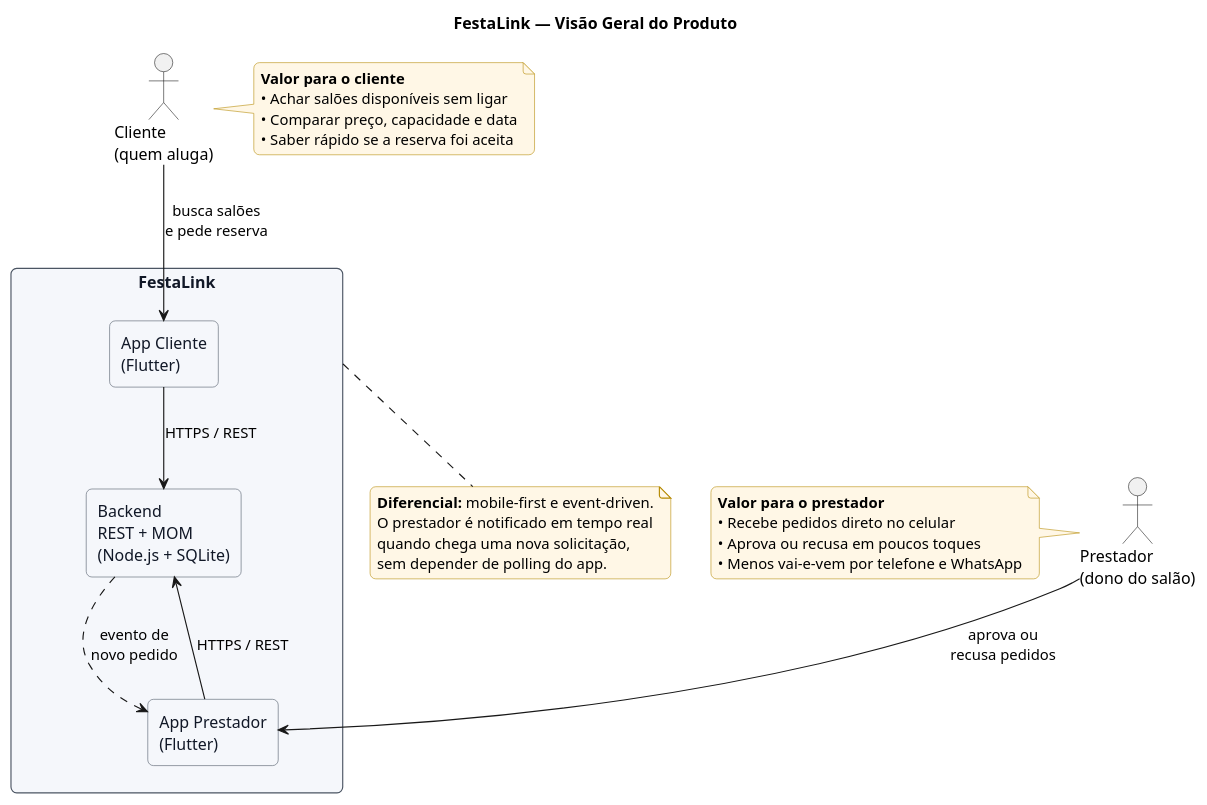
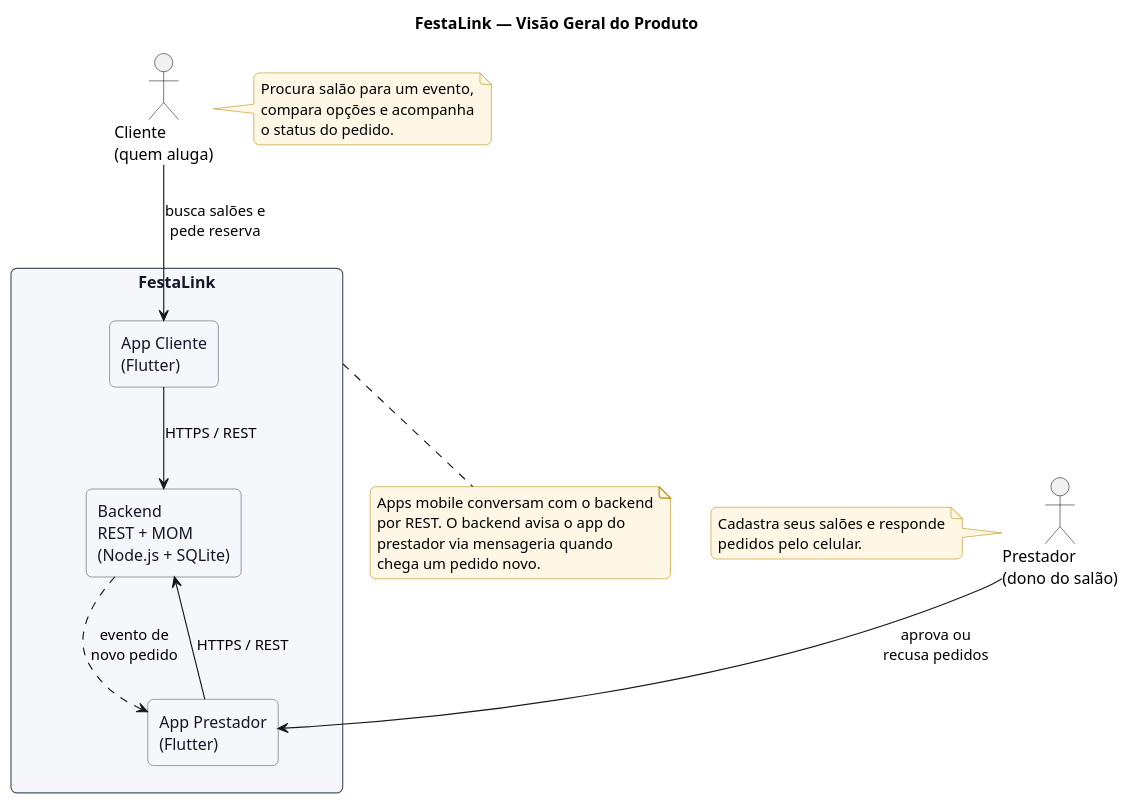
One commit to MiguelMagCastro/festalink_app changed the diagram in docs/diagrams/01-visao-geral-produto.puml. Above: the diagram before and after it, drawn with PlantUML. The commit also changed 2 other files, not shown here.

Commit message:
Diagrama de contexto + correção diagrama de produto

```diff
--- a/docs/diagrams/01-visao-geral-produto.puml
+++ b/docs/diagrams/01-visao-geral-produto.puml
@@ -1,55 +1,52 @@
 @startuml
 title FestaLink — Visão Geral do Produto
 
 skinparam backgroundColor #FFFFFF
 skinparam shadowing false
 skinparam roundCorner 10
 skinparam defaultFontName "Helvetica"
 skinparam rectangle {
   BackgroundColor #F5F7FB
   BorderColor #4B5563
   FontColor #111827
 }
 skinparam note {
   BackgroundColor #FFF7E6
   BorderColor #B58900
 }
 
 actor "Cliente\n(quem aluga)" as cliente
 actor "Prestador\n(dono do salão)" as prestador
 
 rectangle "FestaLink" as sys {
   rectangle "App Cliente\n(Flutter)" as appc
   rectangle "App Prestador\n(Flutter)" as appp
   rectangle "Backend\nREST + MOM\n(Node.js + SQLite)" as back
 }
 
-cliente --> appc : busca salões\ne pede reserva
+cliente --> appc : busca salões e\npede reserva
 prestador --> appp : aprova ou\nrecusa pedidos
 
 appc --> back : HTTPS / REST
 appp --> back : HTTPS / REST
 back ..> appp : evento de\nnovo pedido
 
 note right of cliente
-  **Valor para o cliente**
-  • Achar salões disponíveis sem ligar
-  • Comparar preço, capacidade e data
-  • Saber rápido se a reserva foi aceita
+  Procura salão para um evento,
+  compara opções e acompanha
+  o status do pedido.
 end note
 
 note left of prestador
-  **Valor para o prestador**
-  • Recebe pedidos direto no celular
-  • Aprova ou recusa em poucos toques
-  • Menos vai-e-vem por telefone e WhatsApp
+  Cadastra seus salões e responde
+  pedidos pelo celular.
 end note
 
 note bottom of sys
-  **Diferencial:** mobile-first e event-driven.
-  O prestador é notificado em tempo real
-  quando chega uma nova solicitação,
-  sem depender de polling do app.
+  Apps mobile conversam com o backend
+  por REST. O backend avisa o app do
+  prestador via mensageria quando
+  chega um pedido novo.
 end note
 
 @enduml
```
